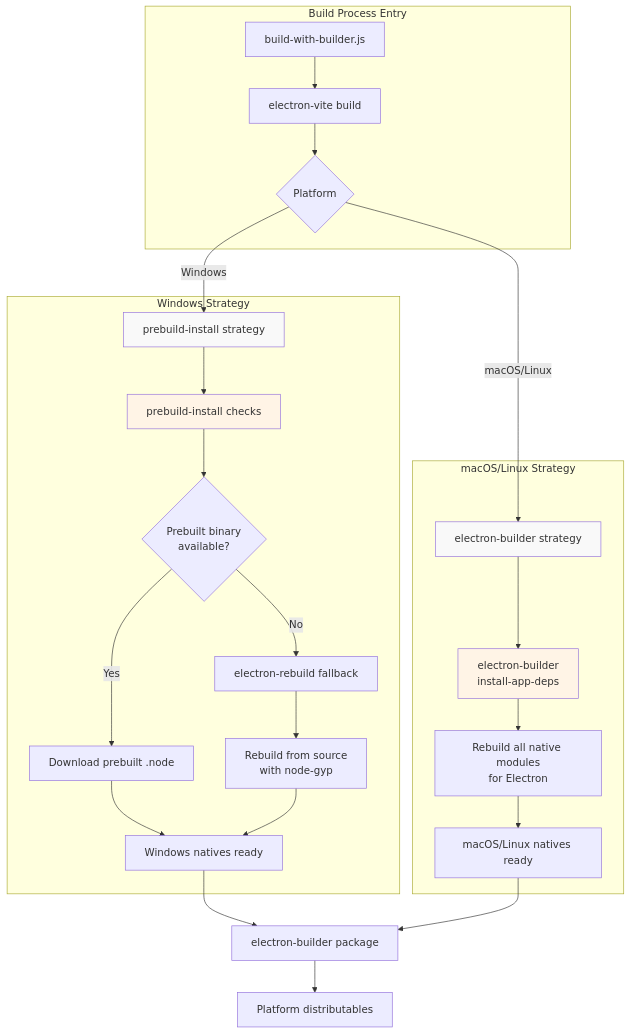
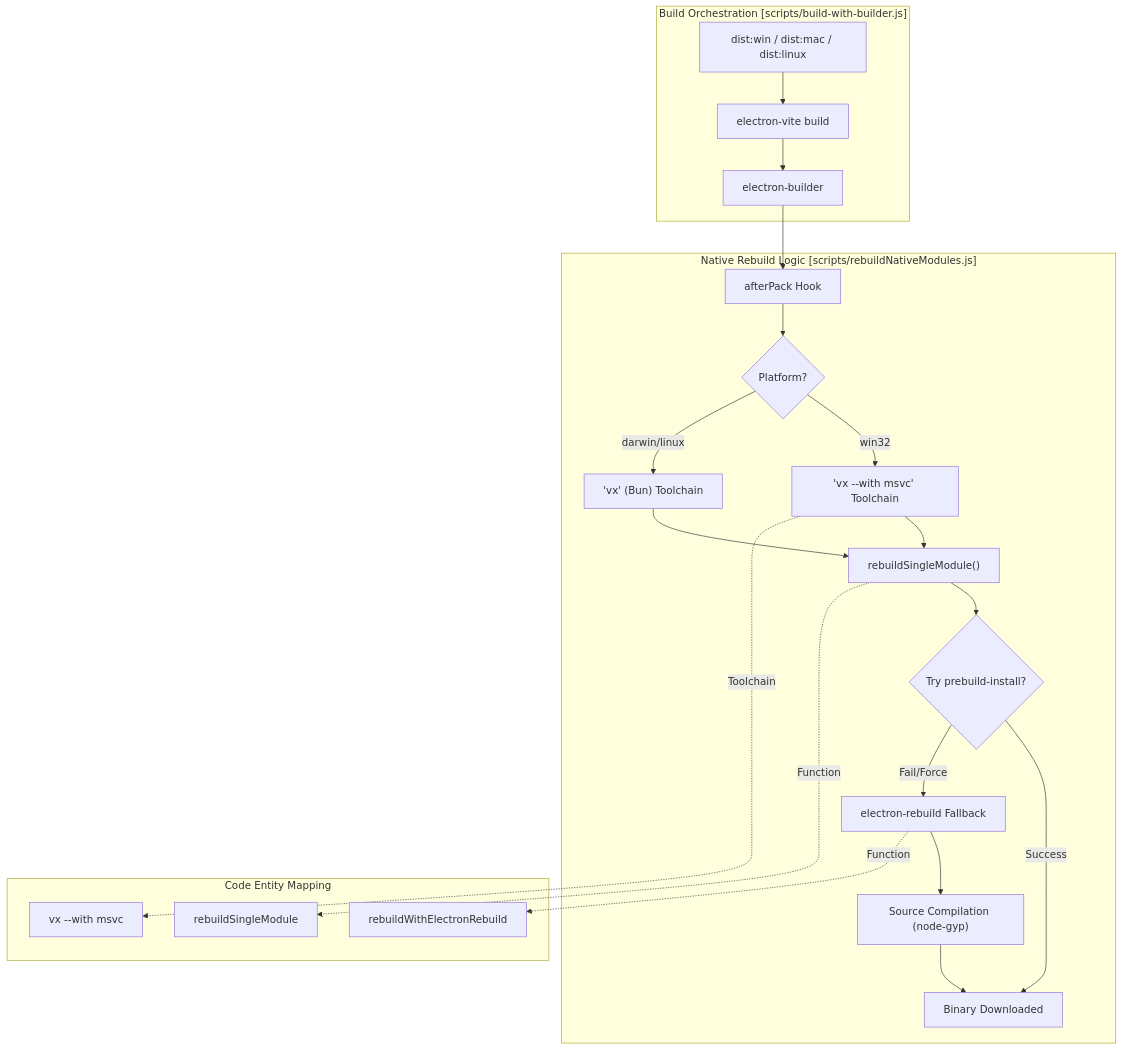
The first of 2 diagrams in docs/iOfficeAI_AionUi/build-and-deployment/native-module-handling.md (blackcater/zentree), drawn with Mermaid before and after one commit. The commit also changed other lines of this file and 232 other files, not shown here.

````diff
--- a/docs/iOfficeAI_AionUi/build-and-deployment/native-module-handling.md
+++ b/docs/iOfficeAI_AionUi/build-and-deployment/native-module-handling.md
@@ -40,35 +47,30 @@
 ```mermaid
-graph TB
-    subgraph "Build Process Entry"
-        START["build-with-builder.js"]
-        START --> VITE["electron-vite build"]
-        VITE --> PLATFORM{Platform}
+graph TD
+    subgraph "Build Orchestration [scripts/build-with-builder.js]"
+        START["dist:win / dist:mac / dist:linux"] --> VITE["electron-vite build"]
+        VITE --> BUILDER["electron-builder"]
     end
 
-    subgraph "Windows Strategy"
-        PLATFORM -->|Windows| WIN_STRATEGY["prebuild-install strategy"]
-        WIN_STRATEGY --> PREBUILD["prebuild-install checks"]
-        PREBUILD --> PREBUILT{Prebuilt binary<br/>available?}
-        PREBUILT -->|Yes| WIN_DOWNLOAD["Download prebuilt .node"]
-        PREBUILT -->|No| WIN_FALLBACK["electron-rebuild fallback"]
-        WIN_DOWNLOAD --> WIN_DONE["Windows natives ready"]
-        WIN_FALLBACK --> WIN_REBUILD["Rebuild from source<br/>with node-gyp"]
-        WIN_REBUILD --> WIN_DONE
+    subgraph "Native Rebuild Logic [scripts/rebuildNativeModules.js]"
+        BUILDER --> HOOK["afterPack Hook"]
+        HOOK --> PLATFORM{"Platform?"}
+        
+        PLATFORM -->|"win32"| WIN_STRATEGY["'vx --with msvc' Toolchain"]
+        PLATFORM -->|"darwin/linux"| UNIX_STRATEGY["'vx' (Bun) Toolchain"]
+        
+        WIN_STRATEGY --> REBUILD_SINGLE["rebuildSingleModule()"]
+        UNIX_STRATEGY --> REBUILD_SINGLE
+        
+        REBUILD_SINGLE --> PREBUILD{"Try prebuild-install?"}
+        PREBUILD -->|"Success"| DONE["Binary Downloaded"]
+        PREBUILD -->|"Fail/Force"| ELECTRON_REBUILD["electron-rebuild Fallback"]
+        ELECTRON_REBUILD --> COMP["Source Compilation (node-gyp)"]
+        COMP --> DONE
     end
 
-    subgraph "macOS/Linux Strategy"
-        PLATFORM -->|macOS/Linux| UNIX_STRATEGY["electron-builder strategy"]
-        UNIX_STRATEGY --> INSTALL_DEPS["electron-builder<br/>install-app-deps"]
-        INSTALL_DEPS --> UNIX_REBUILD["Rebuild all native modules<br/>for Electron"]
-        UNIX_REBUILD --> UNIX_DONE["macOS/Linux natives ready"]
+    subgraph "Code Entity Mapping"
+        REBUILD_SINGLE -.->|"Function"| fn1["rebuildSingleModule"]
+        ELECTRON_REBUILD -.->|"Function"| fn2["rebuildWithElectronRebuild"]
+        WIN_STRATEGY -.->|"Toolchain"| tc1["vx --with msvc"]
     end
-
-    WIN_DONE --> BUILDER["electron-builder package"]
-    UNIX_DONE --> BUILDER
-    BUILDER --> OUTPUT["Platform distributables"]
-
-    style WIN_STRATEGY fill:#f9f9f9
-    style UNIX_STRATEGY fill:#f9f9f9
-    style PREBUILD fill:#fff4e6
-    style INSTALL_DEPS fill:#fff4e6
 ```
````
